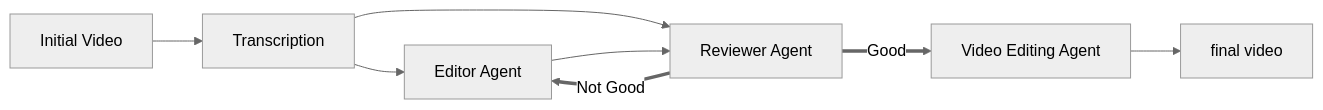
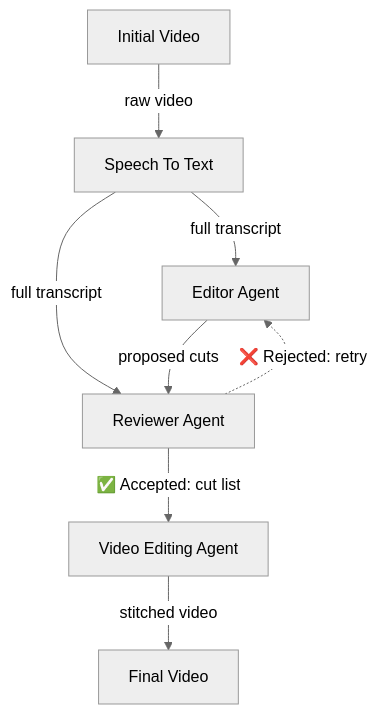
One commit to StefanoPetrilli/golb changed the first of 2 diagrams in _posts/2026-5-23-building-ai-workflows.md. Above: the diagram before and after it, drawn with Mermaid (neutral theme). The commit also changed other lines of this file and 56 other files, not shown here.

````diff
--- a/_posts/2026-5-23-building-ai-workflows.md
+++ b/_posts/2026-5-23-building-ai-workflows.md
@@ -20,10 +20,10 @@
 ```mermaid
-graph LR
-    A[Initial Video] --> B[Transcription]
-    B --> C[Editor Agent]
-    B --> D[Reviewer Agent]
-    C --> D
-    D ==>|Not Good| C
-    D ==>|Good| E[Video Editing Agent]
-    E --> F[final video]
+graph TD
+    A[Initial Video] -->|"raw video"| B[Speech To Text]
+    B -->|"full transcript"| C[Editor Agent]
+    B -->|"full transcript"| D[Reviewer Agent]
+    C -->|"proposed cuts"| D
+    D -.->|"❌ Rejected: retry"| C
+    D -->|"✅ Accepted: cut list"| E[Video Editing Agent]
+    E -->|"stitched video"| F[Final Video]
 ```
````
